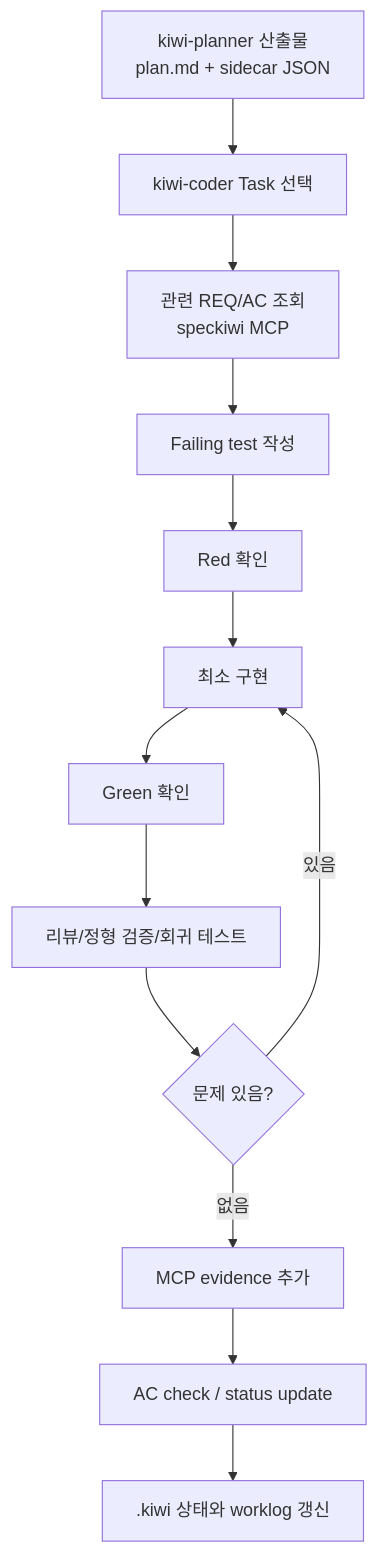
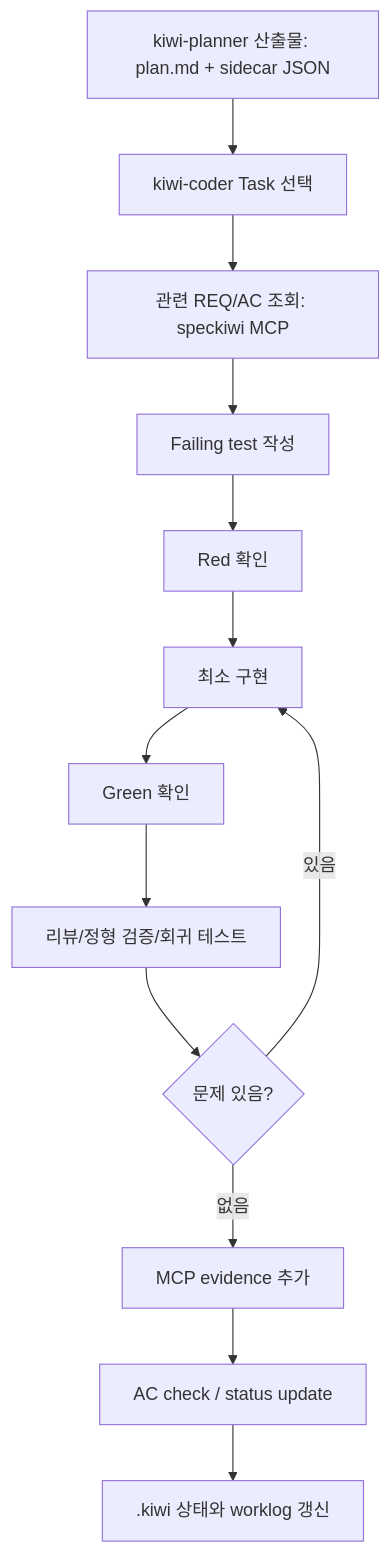
One commit to Snoworca/speckiwi changed the second of 4 diagrams in README.md. Above: the diagram before and after it, drawn with Mermaid. The commit also changed other lines of this file, not shown here.

First line of the commit message:
docs: README Mermaid 다이어그램을 GitHub 호환 문법으로 고친다

````diff
--- a/README.md
+++ b/README.md
@@ -197,15 +197,15 @@
 ```mermaid
 flowchart TD
-    A[kiwi-planner 산출물<br/>plan.md + sidecar JSON] --> B[kiwi-coder Task 선택]
-    B --> C[관련 REQ/AC 조회<br/>speckiwi MCP]
-    C --> D[Failing test 작성]
-    D --> E[Red 확인]
-    E --> F[최소 구현]
-    F --> G[Green 확인]
-    G --> H[리뷰/정형 검증/회귀 테스트]
-    H --> I{문제 있음?}
+    A["kiwi-planner 산출물: plan.md + sidecar JSON"] --> B["kiwi-coder Task 선택"]
+    B --> C["관련 REQ/AC 조회: speckiwi MCP"]
+    C --> D["Failing test 작성"]
+    D --> E["Red 확인"]
+    E --> F["최소 구현"]
+    F --> G["Green 확인"]
+    G --> H["리뷰/정형 검증/회귀 테스트"]
+    H --> I{"문제 있음?"}
     I -->|있음| F
-    I -->|없음| J[MCP evidence 추가]
-    J --> K[AC check / status update]
-    K --> L[.kiwi 상태와 worklog 갱신]
+    I -->|없음| J["MCP evidence 추가"]
+    J --> K["AC check / status update"]
+    K --> L[".kiwi 상태와 worklog 갱신"]
 ```
````
